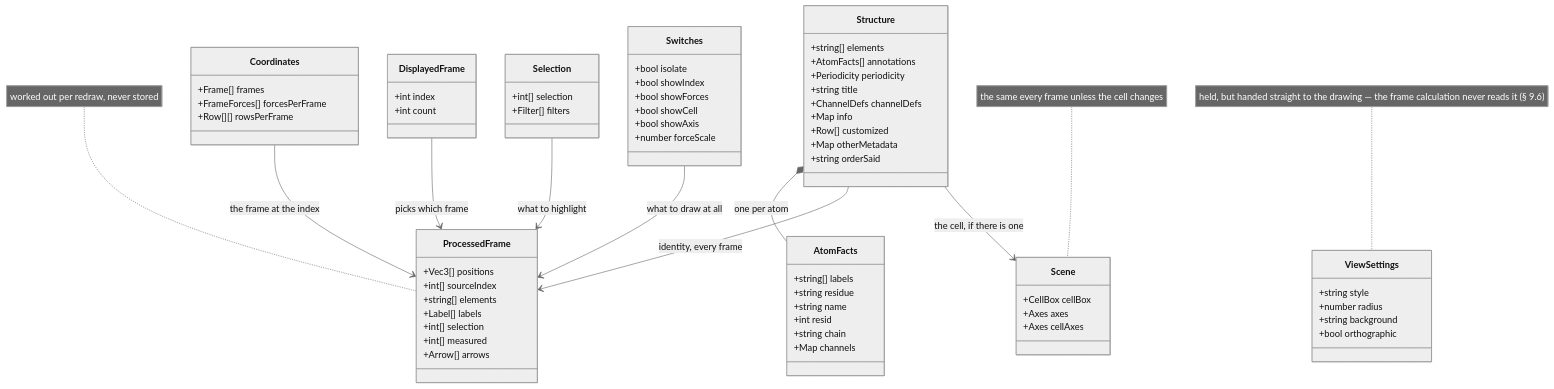
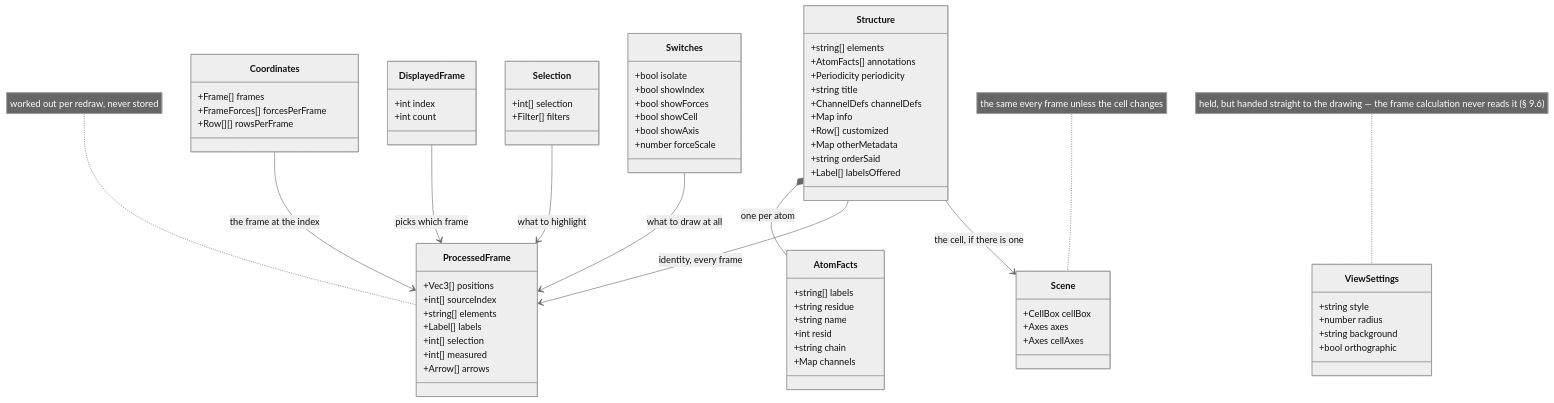
Before and after one commit to Qing-LAB/molbuilder: the second of 10 diagrams in docs/web/molview.md, drawn with Mermaid (neutral theme). The commit also changed other lines of this file and 130 other files, not shown here.

````diff
--- a/docs/web/molview.md
+++ b/docs/web/molview.md
@@ -518,73 +519,74 @@
 ```mermaid
 classDiagram
     class Structure {
       +string[] elements
       +AtomFacts[] annotations
       +Periodicity periodicity
       +string title
       +ChannelDefs channelDefs
       +Map info
       +Row[] customized
       +Map otherMetadata
       +string orderSaid
+      +Label[] labelsOffered
     }
     class AtomFacts {
       +string[] labels
       +string residue
       +string name
       +int resid
       +string chain
       +Map channels
     }
     class Coordinates {
       +Frame[] frames
       +FrameForces[] forcesPerFrame
       +Row[][] rowsPerFrame
     }
     class DisplayedFrame {
       +int index
       +int count
     }
     class Selection {
       +int[] selection
       +Filter[] filters
     }
     class Switches {
       +bool isolate
       +bool showIndex
       +bool showForces
       +bool showCell
       +bool showAxis
       +number forceScale
     }
     class ProcessedFrame {
       +Vec3[] positions
       +int[] sourceIndex
       +string[] elements
       +Label[] labels
       +int[] selection
       +int[] measured
       +Arrow[] arrows
     }
     class Scene {
       +CellBox cellBox
       +Axes axes
       +Axes cellAxes
     }
     class ViewSettings {
       +string style
       +number radius
       +string background
       +bool orthographic
     }
     Structure *-- AtomFacts : one per atom
     Structure --> ProcessedFrame : identity, every frame
     Coordinates --> ProcessedFrame : the frame at the index
     DisplayedFrame --> ProcessedFrame : picks which frame
     Selection --> ProcessedFrame : what to highlight
     Switches --> ProcessedFrame : what to draw at all
     Structure --> Scene : the cell, if there is one
     note for ProcessedFrame "worked out per redraw, never stored"
     note for Scene "the same every frame unless the cell changes"
     note for ViewSettings "held, but handed straight to the drawing — the frame calculation never reads it (§ 9.6)"
 ```
````
